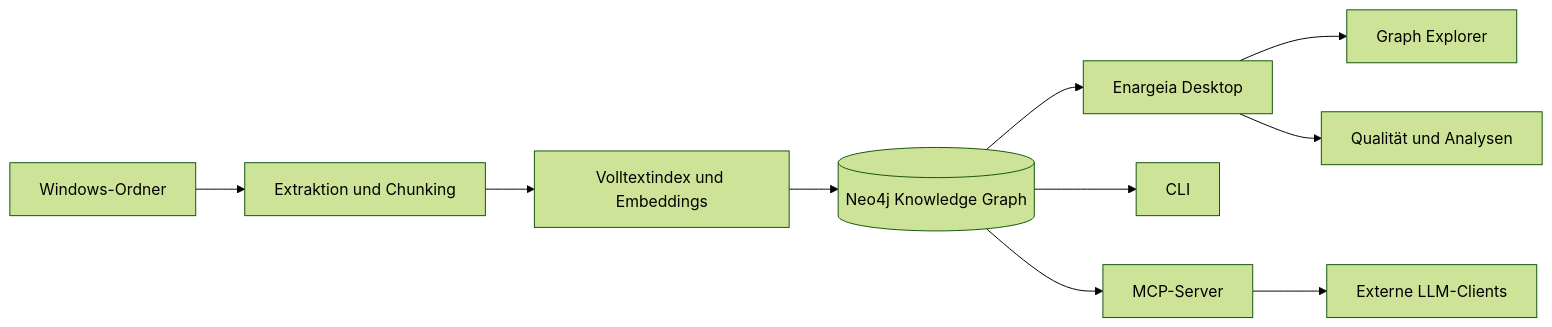
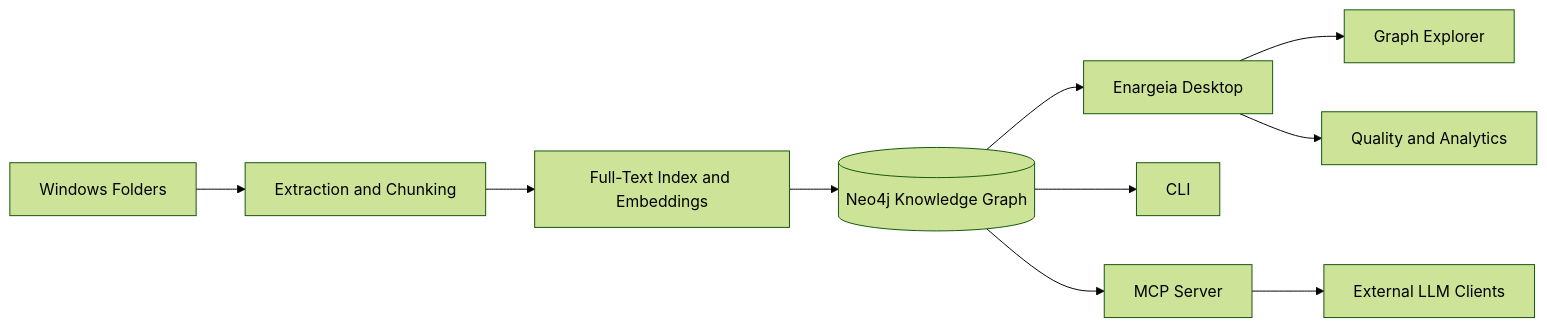
Before and after one commit to GroveGuard/Enargeia: the diagram in README.md, drawn with Mermaid (forest theme). The commit also changed other lines of this file, not shown here.

````diff
--- a/README.md
+++ b/README.md
@@ -71,12 +71,12 @@
 ```mermaid
 flowchart LR
-    A[Windows-Ordner] --> B[Extraktion und Chunking]
-    B --> C[Volltextindex und Embeddings]
+    A[Windows Folders] --> B[Extraction and Chunking]
+    B --> C[Full-Text Index and Embeddings]
     C --> D[(Neo4j Knowledge Graph)]
     D --> E[Enargeia Desktop]
     E --> F[Graph Explorer]
-    E --> G[Qualität und Analysen]
+    E --> G[Quality and Analytics]
     D --> H[CLI]
-    D --> I[MCP-Server]
-    I --> J[Externe LLM-Clients]
+    D --> I[MCP Server]
+    I --> J[External LLM Clients]
 ```
````
